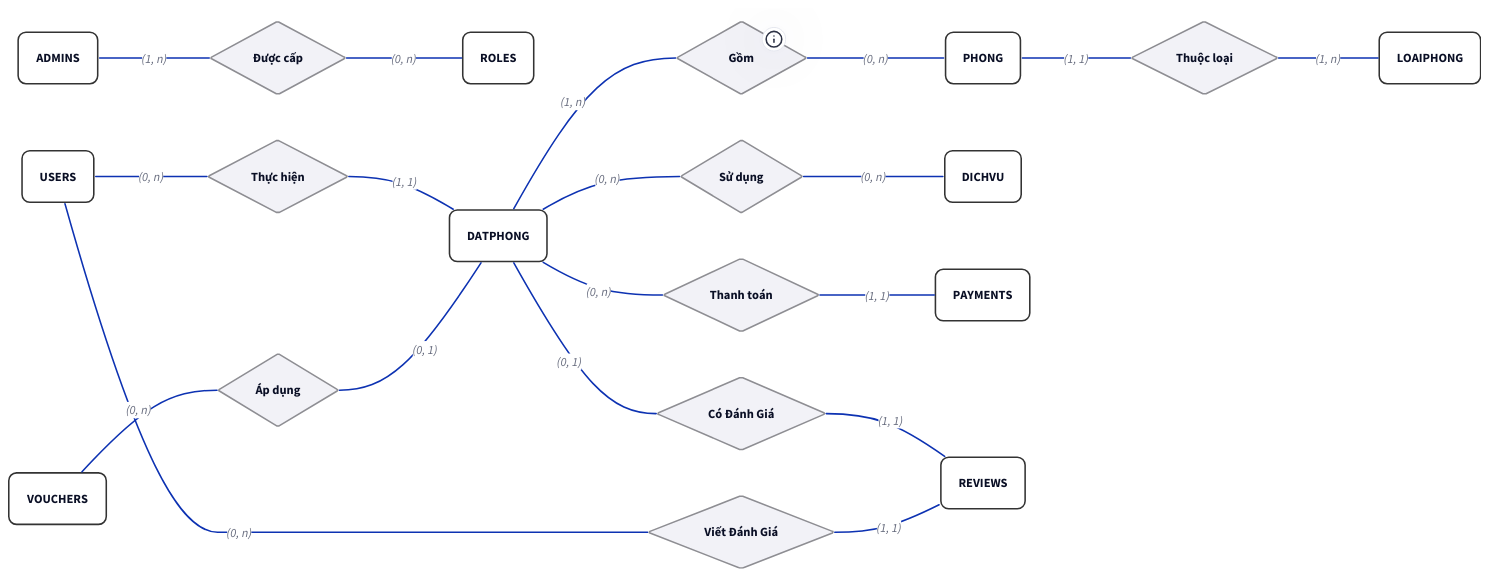
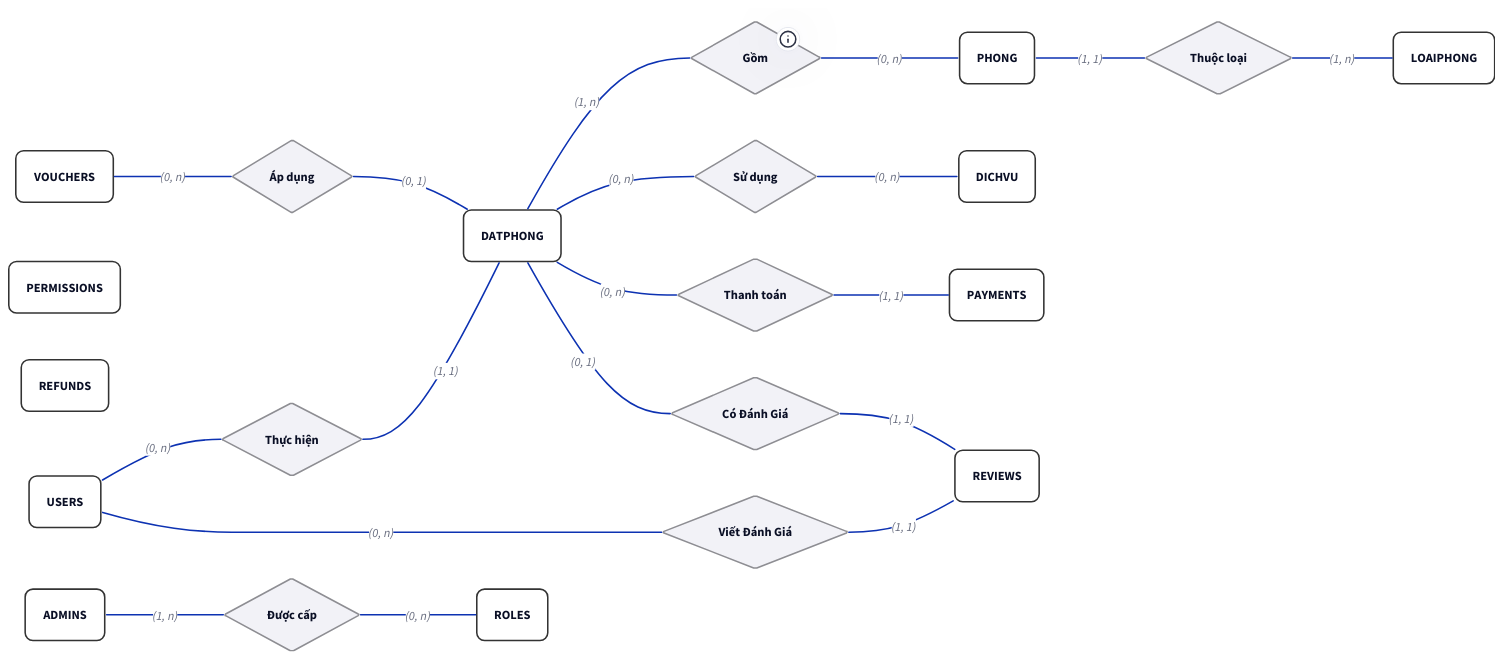
One commit to sam-uit/ie103-project-report changed the diagram in baocao/content/diagrams/ER.d2. Above: the diagram before and after it, drawn with D2.

```diff
--- a/baocao/content/diagrams/ER.d2
+++ b/baocao/content/diagrams/ER.d2
@@ -1,91 +1,93 @@
 direction: right
 
 # --- 0. STYLES ---
 style: {
   opacity: 0.0
   fill: transparent
 }
 
 # --- 1. SETTINGS ---
 classes: {
   entity: {
     shape: rectangle
     style: {border-radius: 10; fill: "#FFFFFF"; stroke: "#333333"}
   }
   rel: {
     shape: diamond
     style: {fill: "#F2F2F7"; stroke: "#8E8E93"}
   }
   attr: {
     shape: oval
     # width: 100; height: 50
     style: {fill: "#F0F8FF"; stroke: "#4682B4"; stroke-dash: 3}
   }
 }
 
 # --- 2. ENTITIES ---
 ADMINS: {class: entity}
+DATPHONG: {class: entity}
+DICHVU: {class: entity}
+LOAIPHONG: {class: entity}
+PAYMENTS: {class: entity}
+PERMISSIONS: {class: entity}
+PHONG: {class: entity}
+REFUNDS: {class: entity}
+REVIEWS: {class: entity}
 ROLES: {class: entity}
 USERS: {class: entity}
-DATPHONG: {class: entity}
-PHONG: {class: entity}
-LOAIPHONG: {class: entity}
-DICHVU: {class: entity}
 VOUCHERS: {class: entity}
-PAYMENTS: {class: entity}
-REVIEWS: {class: entity}
 
 # --- 3. RELATIONSHIPS (Sửa lại theo (min, max)) ---
 
 # -- Nhóm Admin --
 # Admin có ít nhất 1 role, Role có thể chưa gán cho admin nào
 phan_quyen: {class: rel; label: "Được cấp"}
 ADMINS -- phan_quyen: "(1, n)"
 phan_quyen -- ROLES: "(0, n)"
 
 # -- Nhóm User & Booking --
 # User có thể chưa đặt phòng nào (0,n). Một đơn đặt phòng phải thuộc về 1 user (1,1)
 thuc_hien: {class: rel; label: "Thực hiện"}
 USERS -- thuc_hien: "(0, n)"
 thuc_hien -- DATPHONG: "(1, 1)"
 
 # -- Nhóm Booking & Room (QUAN TRỌNG: CHUYỂN CT_DATPHONG THÀNH QUAN HỆ) --
 # Một đơn đặt phòng có ít nhất 1 phòng. Một phòng có thể nằm trong nhiều đơn (theo thời gian)
 chi_tiet_dat: {
     class: rel
     label: "Gồm"
     # Thuộc tính của mối quan hệ N-N nằm ở đây
     tooltip: "Chứa giá tiền tại thời điểm đặt"
 }
 DATPHONG -- chi_tiet_dat: "(1, n)"
 chi_tiet_dat -- PHONG: "(0, n)"
 
 # -- Nhóm Room & Type --
 thuoc_loai: {class: rel; label: "Thuộc loại"}
 PHONG -- thuoc_loai: "(1, 1)"
 thuoc_loai -- LOAIPHONG: "(1, n)" # 1 loại phòng có nhiều phòng
 
 # -- Nhóm Booking & Voucher --
 ap_dung: {class: rel; label: "Áp dụng"}
 VOUCHERS -- ap_dung: "(0, n)"
 ap_dung -- DATPHONG: "(0, 1)" # 1 đơn chỉ áp dụng tối đa 1 voucher
 
 # -- Nhóm Booking & Service (Tương tự CT_DATPHONG, xử lý N-N) --
 su_dung: {class: rel; label: "Sử dụng"}
 DATPHONG -- su_dung: "(0, n)"
 su_dung -- DICHVU: "(0, n)"
 
 # -- Nhóm Payment --
 thanh_toan: {class: rel; label: "Thanh toán"}
 DATPHONG -- thanh_toan: "(0, n)" # 1 đơn có thể chia nhiều lần thanh toán (trả góp/cọc)
 thanh_toan -- PAYMENTS: "(1, 1)" # 1 giao dịch thuộc về 1 đơn
 
 # -- Nhóm Reviews (1-1 Relationship) --
 # 1 Đơn chỉ có tối đa 1 review. 1 Review thuộc về đúng 1 đơn.
 danh_gia: {class: rel; label: "Có Đánh Giá"}
 DATPHONG -- danh_gia: "(0, 1)"
 danh_gia -- REVIEWS: "(1, 1)"
 
 viet_danh_gia: {class: rel; label: "Viết Đánh Giá"}
 USERS -- viet_danh_gia: "(0, n)"
 viet_danh_gia -- REVIEWS: "(1, 1)"
```
